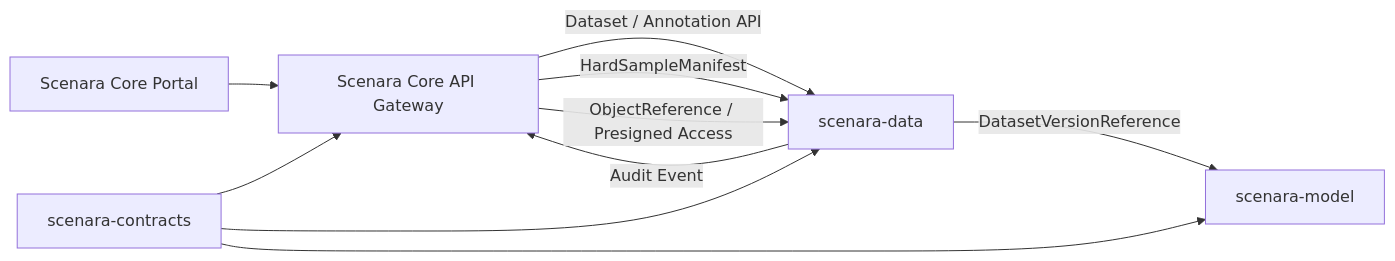
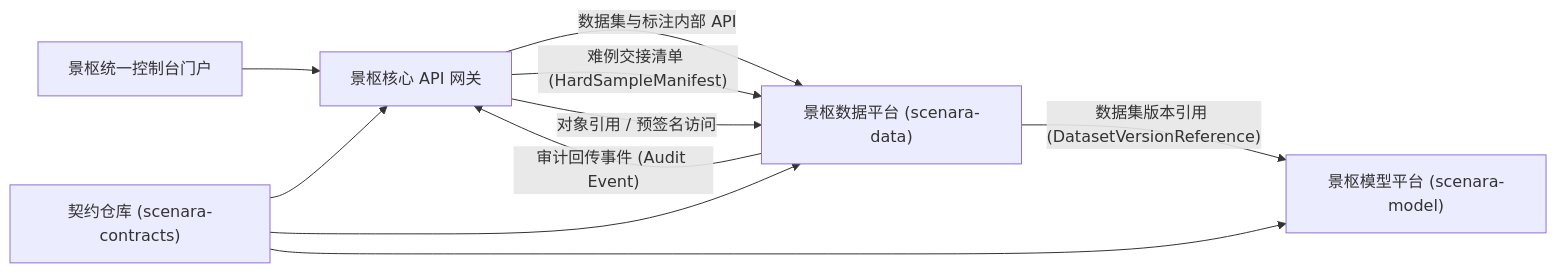
Before and after one commit to jeja2023/scenara-data: the first of 2 diagrams in 景枢数据管理平台承接与续建开发指南.md, drawn with Mermaid. The commit also changed other lines of this file and 13 other files, not shown here.

````diff
--- a/景枢数据管理平台承接与续建开发指南.md
+++ b/景枢数据管理平台承接与续建开发指南.md
@@ -64,12 +63,12 @@
 ```mermaid
 flowchart LR
-    UI["Scenara Core Portal"] --> CORE["Scenara Core API Gateway"]
-    CORE -->|"Dataset / Annotation API"| DATA["scenara-data"]
-    CORE -->|"HardSampleManifest"| DATA
-    CORE -->|"ObjectReference / Presigned Access"| DATA
-    DATA -->|"Audit Event"| CORE
-    DATA -->|"DatasetVersionReference"| MODEL["scenara-model"]
-    CONTRACTS["scenara-contracts"] --> CORE
+    UI["景枢统一控制台门户"] --> CORE["景枢核心 API 网关"]
+    CORE -->|"数据集与标注内部 API"| DATA["景枢数据平台 (scenara-data)"]
+    CORE -->|"难例交接清单 (HardSampleManifest)"| DATA
+    CORE -->|"对象引用 / 预签名访问"| DATA
+    DATA -->|"审计回传事件 (Audit Event)"| CORE
+    DATA -->|"数据集版本引用 (DatasetVersionReference)"| MODEL["景枢模型平台 (scenara-model)"]
+    CONTRACTS["契约仓库 (scenara-contracts)"] --> CORE
     CONTRACTS --> DATA
     CONTRACTS --> MODEL
 ```
````
